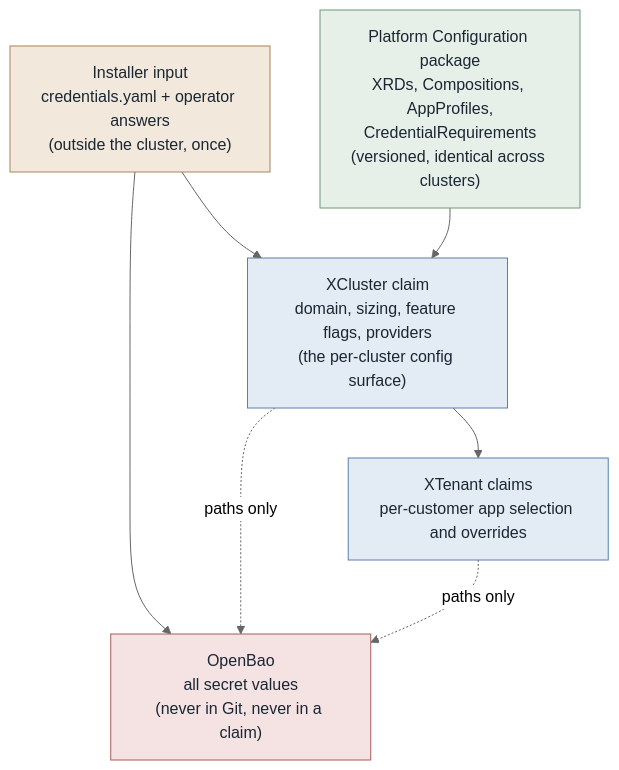
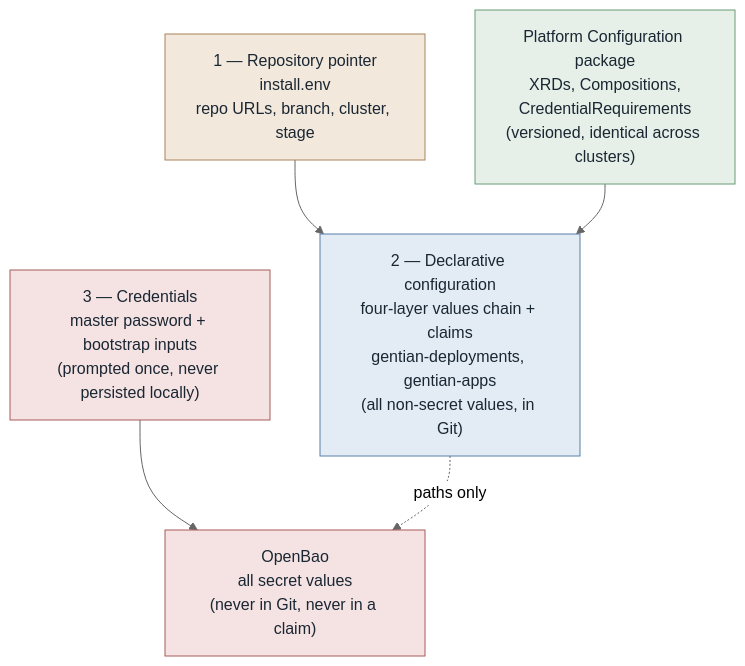
One commit to gentian-org/gentian-os changed the first of 6 diagrams in docs/plans/config-and-credential-cleanup.md. Above: the diagram before and after it, drawn with Mermaid. The commit also changed other lines of this file and 60 other files, not shown here.

````diff
--- a/docs/plans/config-and-credential-cleanup.md
+++ b/docs/plans/config-and-credential-cleanup.md
@@ -73,26 +120,24 @@
 ```mermaid
 %%{init: {'theme':'neutral'}}%%
 flowchart TB
-    A["Installer input<br/>credentials.yaml + operator answers<br/>(outside the cluster, once)"]
-    B["XCluster claim<br/>domain, sizing, feature flags, providers<br/>(the per-cluster config surface)"]
-    C["Platform Configuration package<br/>XRDs, Compositions, AppProfiles,<br/>CredentialRequirements<br/>(versioned, identical across clusters)"]
-    D["XTenant claims<br/>per-customer app selection and overrides"]
+    A["1 — Repository pointer<br/>install.env<br/>repo URLs, branch, cluster, stage"]
+    B["2 — Declarative configuration<br/>four-layer values chain + claims<br/>gentian-deployments, gentian-apps<br/>(all non-secret values, in Git)"]
+    C["Platform Configuration package<br/>XRDs, Compositions,<br/>CredentialRequirements<br/>(versioned, identical across clusters)"]
+    D["3 — Credentials<br/>master password + bootstrap inputs<br/>(prompted once, never persisted locally)"]
     E["OpenBao<br/>all secret values<br/>(never in Git, never in a claim)"]
 
     A --> B
     C --> B
-    B --> D
-    A --> E
+    D --> E
     B -.->|paths only| E
-    D -.->|paths only| E
 
     classDef input fill:#f2e8dc,stroke:#a8845b,color:#1a2733
     classDef claim fill:#e3ecf5,stroke:#5b7fa8,color:#1a2733
     classDef pkg fill:#e6f0e8,stroke:#6a9b76,color:#1a2733
     classDef vault fill:#f5e3e3,stroke:#a85b5b,color:#1a2733
 
     class A input
-    class B,D claim
+    class B claim
     class C pkg
-    class E vault
+    class D,E vault
 ```
````
